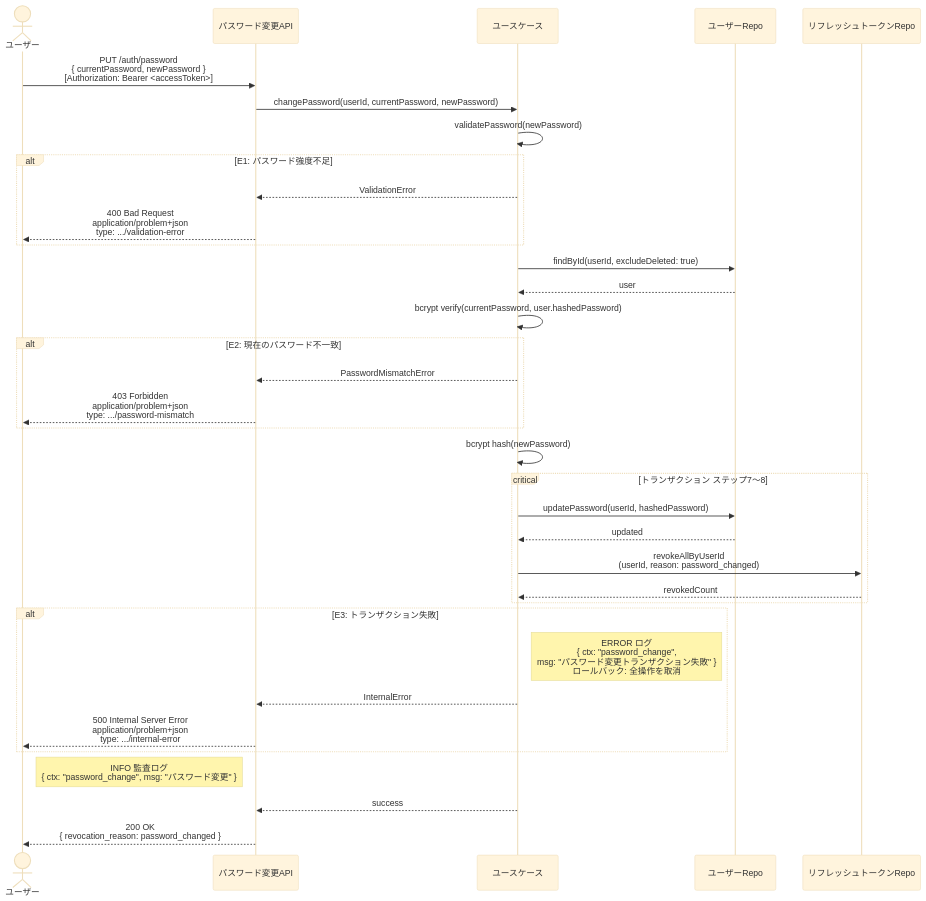
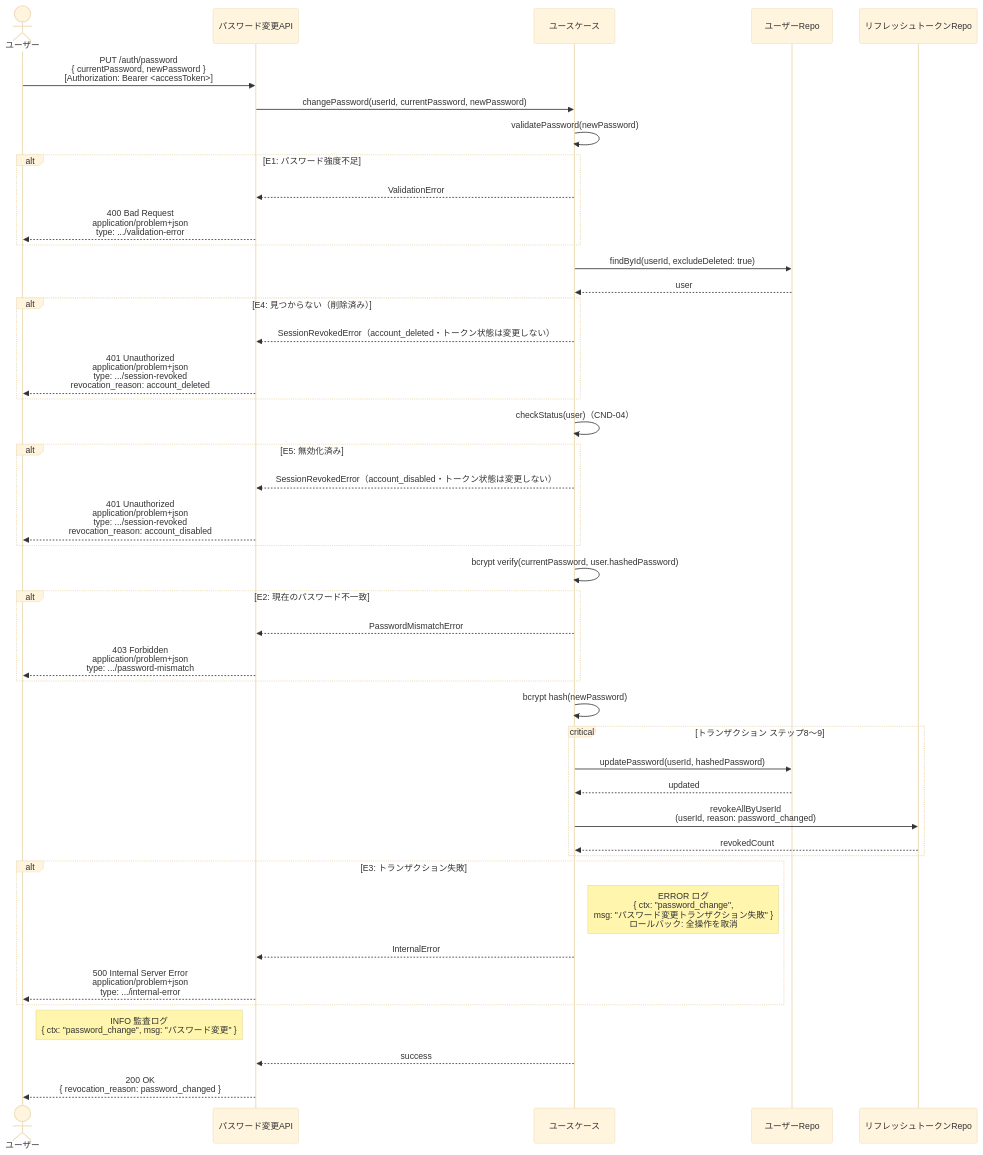
Before and after one commit to suunet/POC_HYDRA_AUTH: the second of 2 diagrams in .docs/design/buc/BUC-U08.md, drawn with Mermaid (base theme). The commit also changed other lines of this file and 4 other files, not shown here.

````diff
--- a/.docs/design/buc/BUC-U08.md
+++ b/.docs/design/buc/BUC-U08.md
@@ -107,37 +133,46 @@
 ```mermaid
 sequenceDiagram
   actor User as ユーザー
   participant ChangePwAPI as パスワード変更API
   participant UseCase as ユースケース
   participant UserRepo as ユーザーRepo
   participant RefreshRepo as リフレッシュトークンRepo
   User->>ChangePwAPI: PUT /auth/password<br/>{ currentPassword, newPassword }<br/>[Authorization: Bearer <accessToken>]
   ChangePwAPI->>UseCase: changePassword(userId, currentPassword, newPassword)
   UseCase->>UseCase: validatePassword(newPassword)
   alt E1: パスワード強度不足
   UseCase-->>ChangePwAPI: ValidationError
   ChangePwAPI-->>User: 400 Bad Request<br/>application/problem+json<br/>type: .../validation-error
   end
   UseCase->>UserRepo: findById(userId, excludeDeleted: true)
   UserRepo-->>UseCase: user
+  alt E4: 見つからない（削除済み）
+  UseCase-->>ChangePwAPI: SessionRevokedError（account_deleted・トークン状態は変更しない）
+  ChangePwAPI-->>User: 401 Unauthorized<br/>application/problem+json<br/>type: .../session-revoked<br/>revocation_reason: account_deleted
+  end
+  UseCase->>UseCase: checkStatus(user)（CND-04）
+  alt E5: 無効化済み
+  UseCase-->>ChangePwAPI: SessionRevokedError（account_disabled・トークン状態は変更しない）
+  ChangePwAPI-->>User: 401 Unauthorized<br/>application/problem+json<br/>type: .../session-revoked<br/>revocation_reason: account_disabled
+  end
   UseCase->>UseCase: bcrypt verify(currentPassword, user.hashedPassword)
   alt E2: 現在のパスワード不一致
   UseCase-->>ChangePwAPI: PasswordMismatchError
   ChangePwAPI-->>User: 403 Forbidden<br/>application/problem+json<br/>type: .../password-mismatch
   end
   UseCase->>UseCase: bcrypt hash(newPassword)
-  critical トランザクション ステップ7〜8
+  critical トランザクション ステップ8〜9
   UseCase->>UserRepo: updatePassword(userId, hashedPassword)
   UserRepo-->>UseCase: updated
   UseCase->>RefreshRepo: revokeAllByUserId<br/>(userId, reason: password_changed)
   RefreshRepo-->>UseCase: revokedCount
   end
   alt E3: トランザクション失敗
   Note right of UseCase: ERROR ログ<br/>{ ctx: "password_change",<br/>msg: "パスワード変更トランザクション失敗" }<br/>ロールバック: 全操作を取消
   UseCase-->>ChangePwAPI: InternalError
   ChangePwAPI-->>User: 500 Internal Server Error<br/>application/problem+json<br/>type: .../internal-error
   end
   Note right of User: INFO 監査ログ<br/>{ ctx: "password_change", msg: "パスワード変更" }
   UseCase-->>ChangePwAPI: success
   ChangePwAPI-->>User: 200 OK<br/>{ revocation_reason: password_changed }
 ```
````
